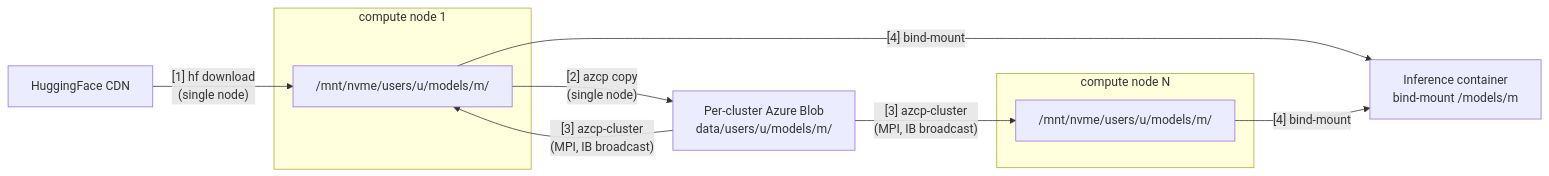
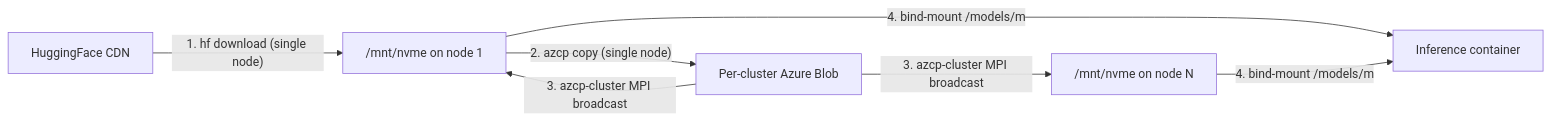
One commit to edwardsp/azcluster changed the second of 2 diagrams in README.md. Above: the diagram before and after it, drawn with Mermaid. The commit also changed other lines of this file, not shown here.

First line of the commit message:
README: simplify Mermaid diagrams for GitHub renderer

````diff
--- a/README.md
+++ b/README.md
@@ -291,19 +291,15 @@
 ```mermaid
 flowchart LR
     hf[HuggingFace CDN]
-    subgraph node1["compute node 1"]
-        n1nvme["/mnt/nvme/users/u/models/m/"]
-    end
-    subgraph nodeN["compute node N"]
-        nNnvme["/mnt/nvme/users/u/models/m/"]
-    end
-    blob["Per-cluster Azure Blob<br/>data/users/u/models/m/"]
-    container["Inference container<br/>bind-mount /models/m"]
+    n1nvme["/mnt/nvme on node 1"]
+    nNnvme["/mnt/nvme on node N"]
+    blob[Per-cluster Azure Blob]
+    container[Inference container]
 
-    hf -- "[1] hf download<br/>(single node)" --> n1nvme
-    n1nvme -- "[2] azcp copy<br/>(single node)" --> blob
-    blob -- "[3] azcp-cluster<br/>(MPI, IB broadcast)" --> n1nvme
-    blob -- "[3] azcp-cluster<br/>(MPI, IB broadcast)" --> nNnvme
-    n1nvme -- "[4] bind-mount" --> container
-    nNnvme -- "[4] bind-mount" --> container
+    hf -->|"1. hf download (single node)"| n1nvme
+    n1nvme -->|"2. azcp copy (single node)"| blob
+    blob -->|"3. azcp-cluster MPI broadcast"| n1nvme
+    blob -->|"3. azcp-cluster MPI broadcast"| nNnvme
+    n1nvme -->|"4. bind-mount /models/m"| container
+    nNnvme -->|"4. bind-mount /models/m"| container
 ```
````
